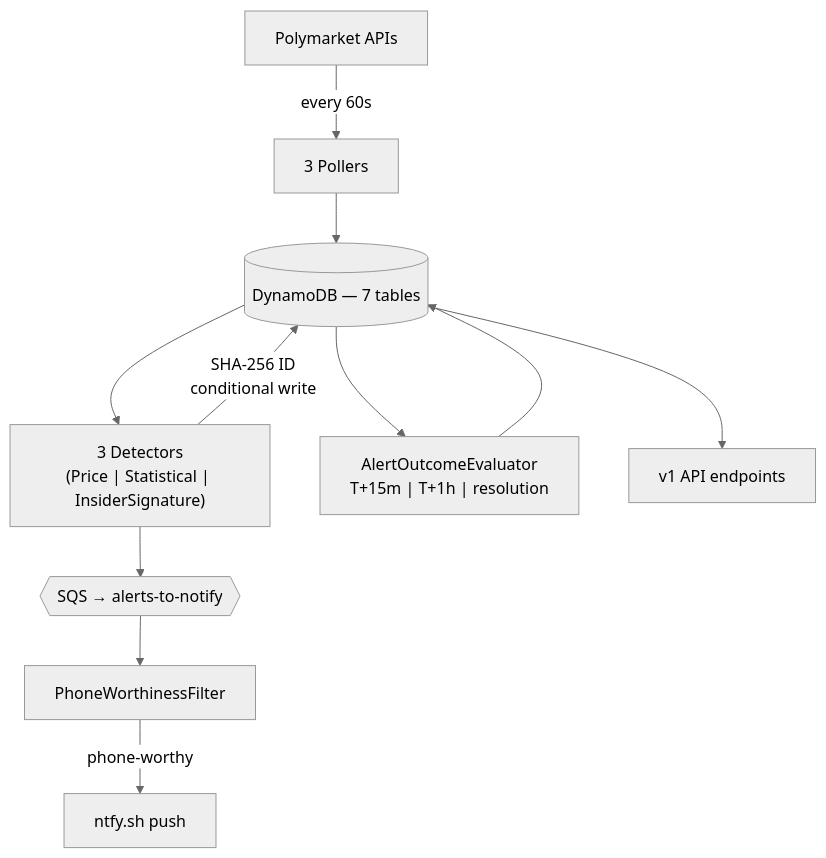
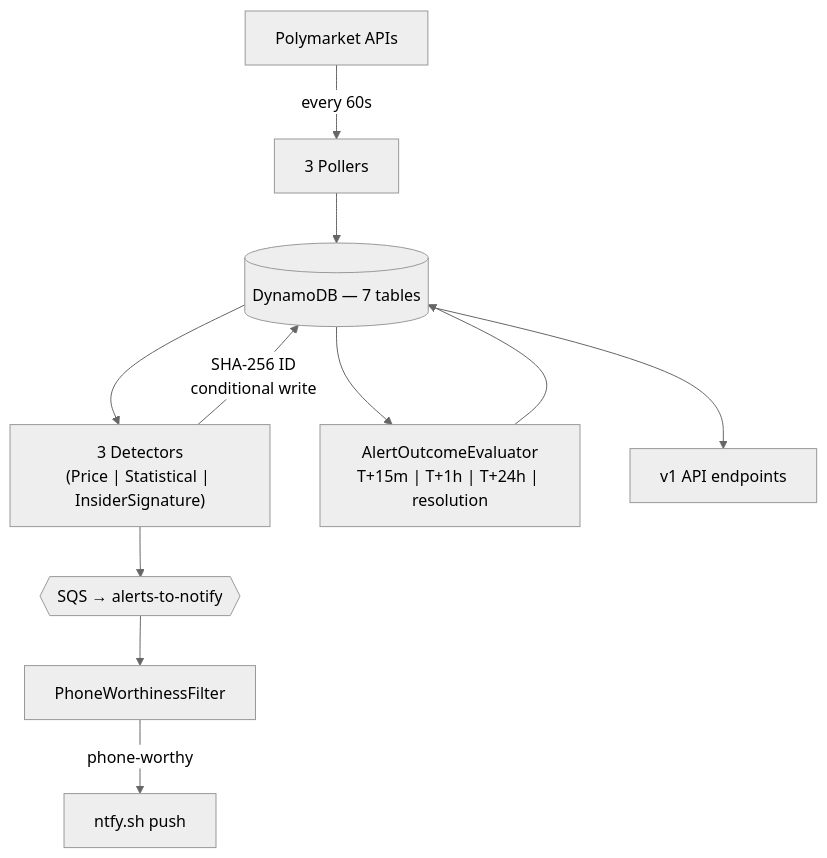
The diagram in README.md (leonardholler/polysign), drawn with Mermaid (neutral theme) before and after one commit. The commit also changed other lines of this file and 13 other files, not shown here.

Commit message:
fix(priceAtAlert): store pre-move price, not post-move/resolution-tick

````diff
--- a/README.md
+++ b/README.md
@@ -32,14 +48,14 @@
 ```mermaid
 flowchart TD
     src["Polymarket APIs"]
     src -->|"every 60s"| poll["3 Pollers"]
     poll --> db[("DynamoDB — 7 tables")]
     db --> det["3 Detectors\n(Price | Statistical | InsiderSignature)"]
     det -->|"SHA-256 ID\nconditional write"| db
     det --> sqs{{"SQS → alerts-to-notify"}}
     sqs --> pw["PhoneWorthinessFilter"]
     pw -->|"phone-worthy"| ntfy["ntfy.sh push"]
-    db --> eval["AlertOutcomeEvaluator\nT+15m | T+1h | resolution"]
+    db --> eval["AlertOutcomeEvaluator\nT+15m | T+1h | T+24h | resolution"]
     eval --> db
     db --> api["v1 API endpoints"]
 ```
````
